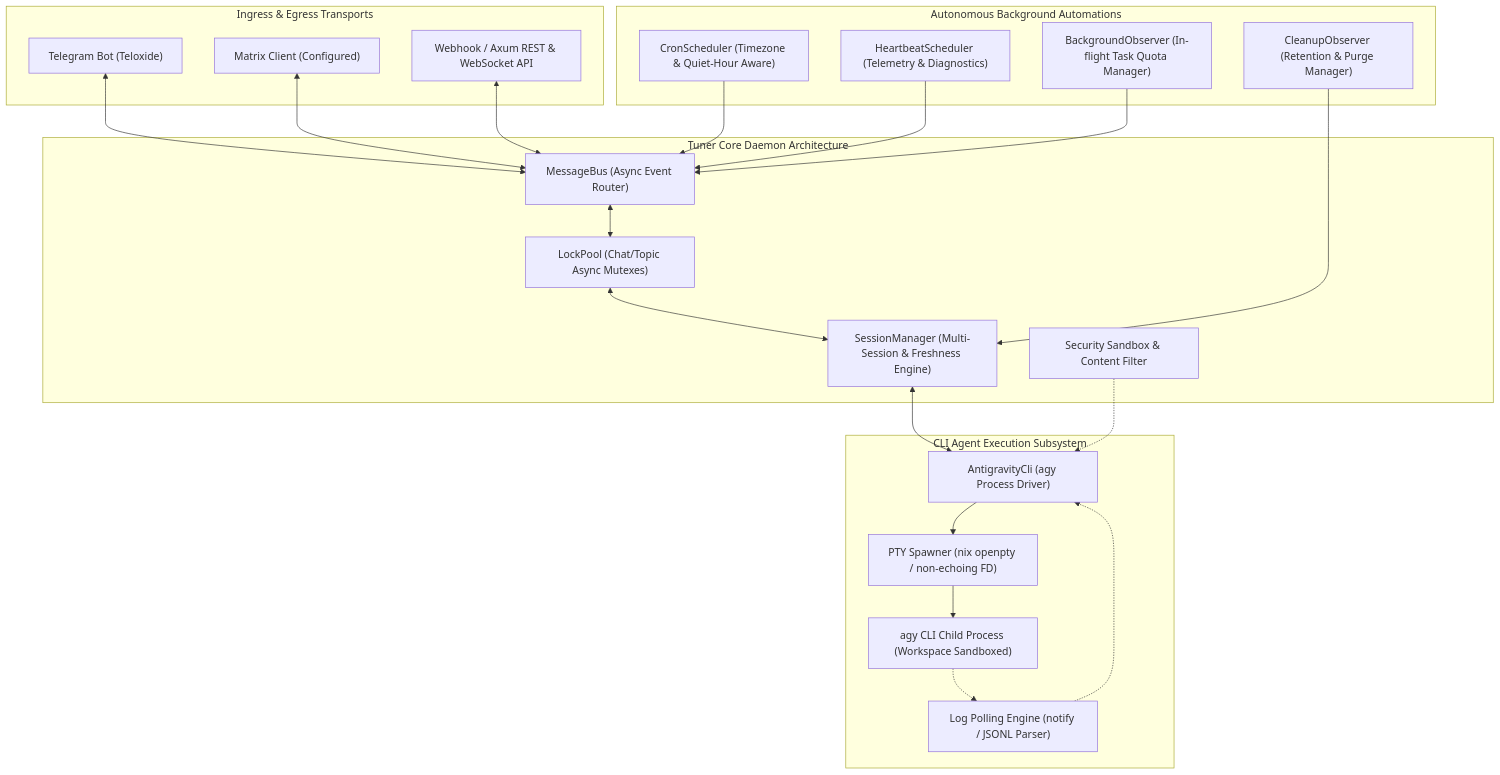
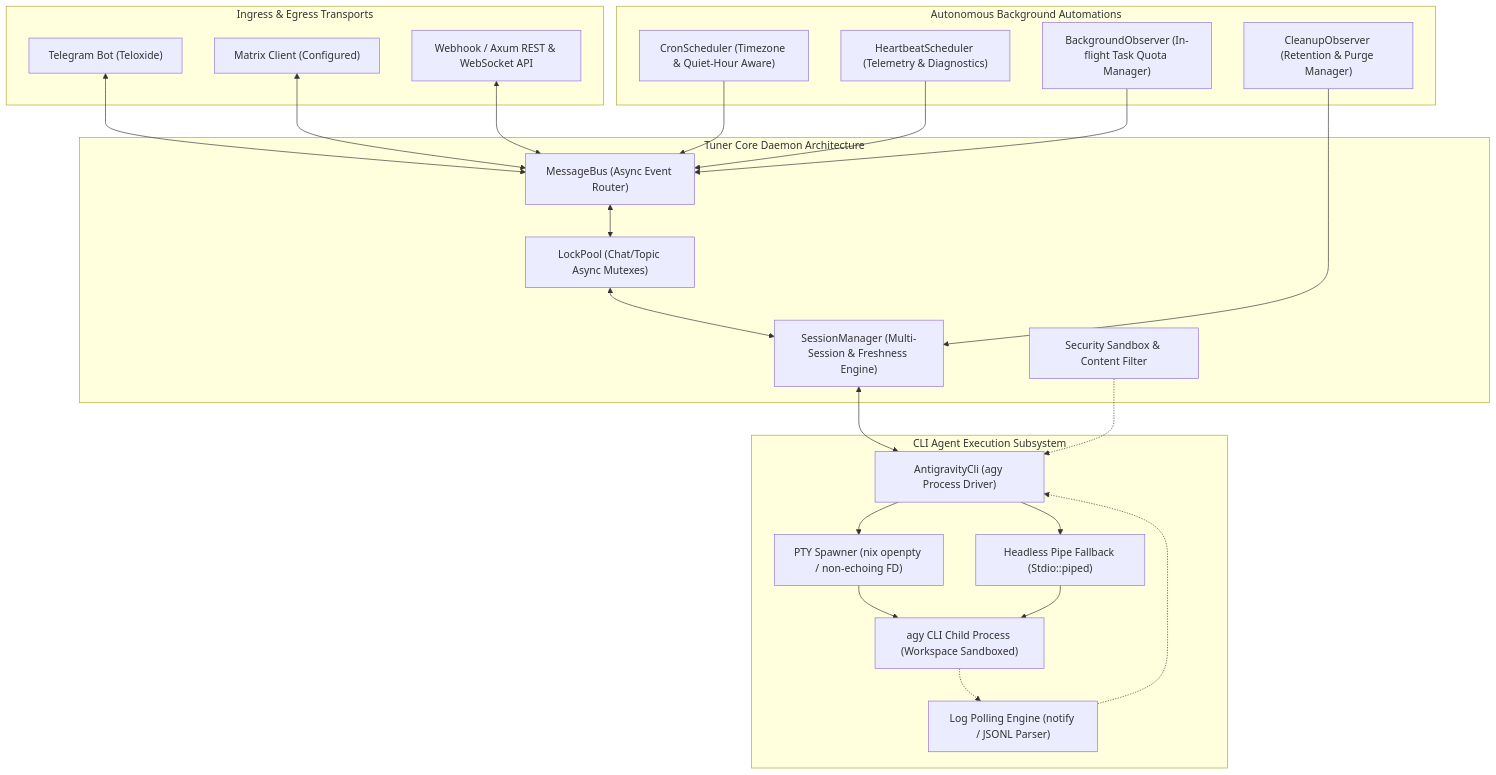
One commit to imwoo90/tuner changed the first of 3 diagrams in README.md. Above: the diagram before and after it, drawn with Mermaid. The commit also changed other lines of this file, not shown here.

Commit message:
docs: adopt Goal-driven dialectically certified architecture specification

````diff
--- a/README.md
+++ b/README.md
@@ -179,48 +177,51 @@
 ```mermaid
 flowchart TD
     subgraph IngressTransports["Ingress & Egress Transports"]
         TG["Telegram Bot (Teloxide)"]
         MX["Matrix Client (Configured)"]
         WH["Webhook / Axum REST & WebSocket API"]
     end
 
     subgraph CoreDaemon["Tuner Core Daemon Architecture"]
         BUS["MessageBus (Async Event Router)"]
         LOCK["LockPool (Chat/Topic Async Mutexes)"]
         SESS["SessionManager (Multi-Session & Freshness Engine)"]
         SEC["Security Sandbox & Content Filter"]
     end
 
     subgraph AutonomousObservers["Autonomous Background Automations"]
         CRON["CronScheduler (Timezone & Quiet-Hour Aware)"]
         HB["HeartbeatScheduler (Telemetry & Diagnostics)"]
         BG["BackgroundObserver (In-flight Task Quota Manager)"]
         CLN["CleanupObserver (Retention & Purge Manager)"]
     end
 
     subgraph RuntimeExecution["CLI Agent Execution Subsystem"]
         CLI["AntigravityCli (agy Process Driver)"]
         PTY["PTY Spawner (nix openpty / non-echoing FD)"]
+        PIPE["Headless Pipe Fallback (Stdio::piped)"]
         POLL["Log Polling Engine (notify / JSONL Parser)"]
         AGY["agy CLI Child Process (Workspace Sandboxed)"]
     end
 
     TG <--> BUS
     MX <--> BUS
     WH <--> BUS
 
     BUS <--> LOCK
     LOCK <--> SESS
     SESS <--> CLI
 
     CRON --> BUS
     HB --> BUS
     BG --> BUS
     CLN --> SESS
 
     CLI --> PTY
+    CLI --> PIPE
     PTY --> AGY
+    PIPE --> AGY
     AGY -.-> POLL
     POLL -.-> CLI
     SEC -.-> CLI
 ```
````
